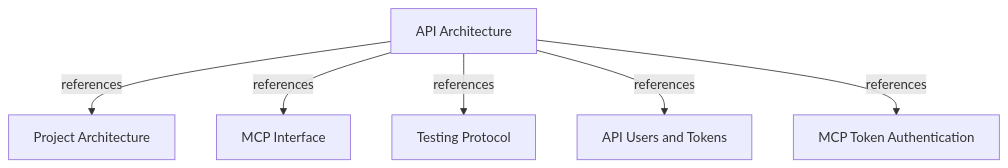
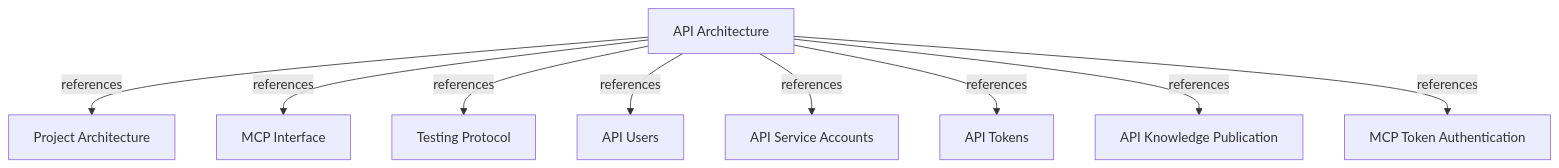
Before and after one commit to romabeckman/harness-memory: the second of 2 diagrams in docs/adr/API.md, drawn with Mermaid. The commit also changed other lines of this file and 11 other files, not shown here.

````diff
--- a/docs/adr/API.md
+++ b/docs/adr/API.md
@@ -81,13 +90,19 @@
 ```mermaid
 graph TD
     API["API Architecture"] -->|references| ARCH["Project Architecture"]
     API -->|references| MCP["MCP Interface"]
     API -->|references| TESTS["Testing Protocol"]
-    API -->|references| USERS["API Users and Tokens"]
+    API -->|references| USERS["API Users"]
+    API -->|references| ACCOUNTS["API Service Accounts"]
+    API -->|references| TOKENS["API Tokens"]
+    API -->|references| PUBLICATION["API Knowledge Publication"]
     API -->|references| AUTH["MCP Token Authentication"]
     click ARCH "./ARCHITECTURE.md"
     click MCP "./MCP.md"
     click TESTS "./TESTS.md"
-    click USERS "../feature/api/users-and-tokens.md"
+    click USERS "../feature/api/users.md"
+    click ACCOUNTS "../feature/api/service-accounts.md"
+    click TOKENS "../feature/api/tokens.md"
+    click PUBLICATION "../feature/api/knowledge-publication.md"
     click AUTH "../feature/mcp/token-authentication.md"
 ```
````
